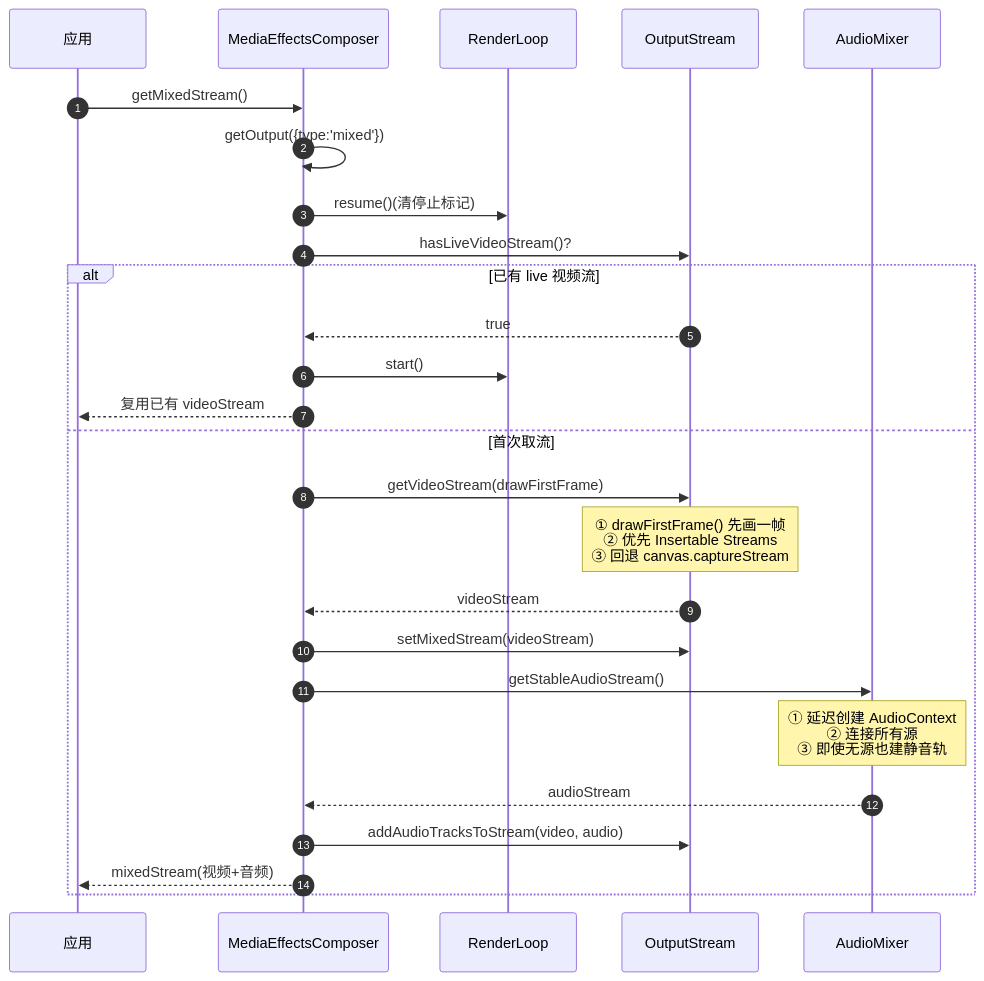
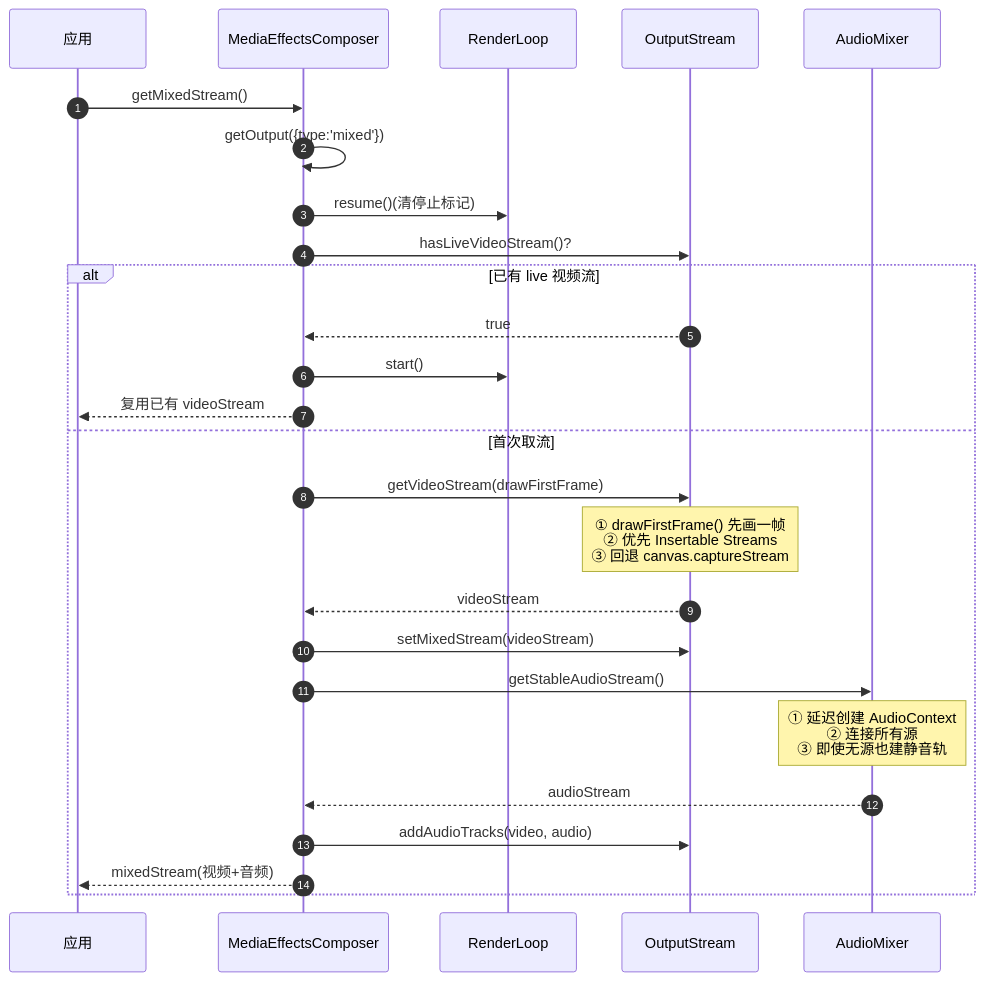
Before and after one commit to lei40251/JsSIP: the eighth of 19 diagrams in docs/MediaEffectsComposer/MediaEffectsComposer-学习手册.md, drawn with Mermaid. The commit also changed other lines of this file and 40 other files, not shown here.

````diff
--- a/docs/MediaEffectsComposer/MediaEffectsComposer-学习手册.md
+++ b/docs/MediaEffectsComposer/MediaEffectsComposer-学习手册.md
@@ -440,29 +440,29 @@
 ```mermaid
 sequenceDiagram
     autonumber
     participant App as 应用
     participant CRT as MediaEffectsComposer
     participant RL as RenderLoop
     participant OM as OutputStream
     participant AM as AudioMixer
 
     App->>CRT: getMixedStream()
     CRT->>CRT: getOutput({type:'mixed'})
     CRT->>RL: resume()(清停止标记)
     CRT->>OM: hasLiveVideoStream()?
     alt 已有 live 视频流
         OM-->>CRT: true
         CRT->>RL: start()
         CRT-->>App: 复用已有 videoStream
     else 首次取流
         CRT->>OM: getVideoStream(drawFirstFrame)
         Note over OM: ① drawFirstFrame() 先画一帧<br/>② 优先 Insertable Streams<br/>③ 回退 canvas.captureStream
         OM-->>CRT: videoStream
         CRT->>OM: setMixedStream(videoStream)
         CRT->>AM: getStableAudioStream()
         Note over AM: ① 延迟创建 AudioContext<br/>② 连接所有源<br/>③ 即使无源也建静音轨
         AM-->>CRT: audioStream
-        CRT->>OM: addAudioTracksToStream(video, audio)
+        CRT->>OM: addAudioTracks(video, audio)
         CRT-->>App: mixedStream(视频+音频)
     end
 ```
````
